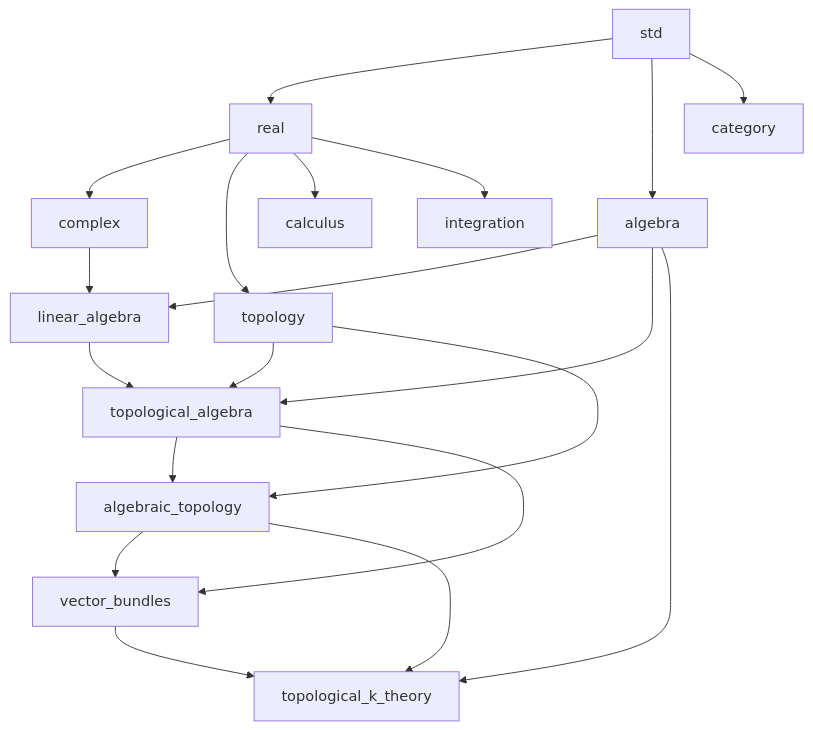
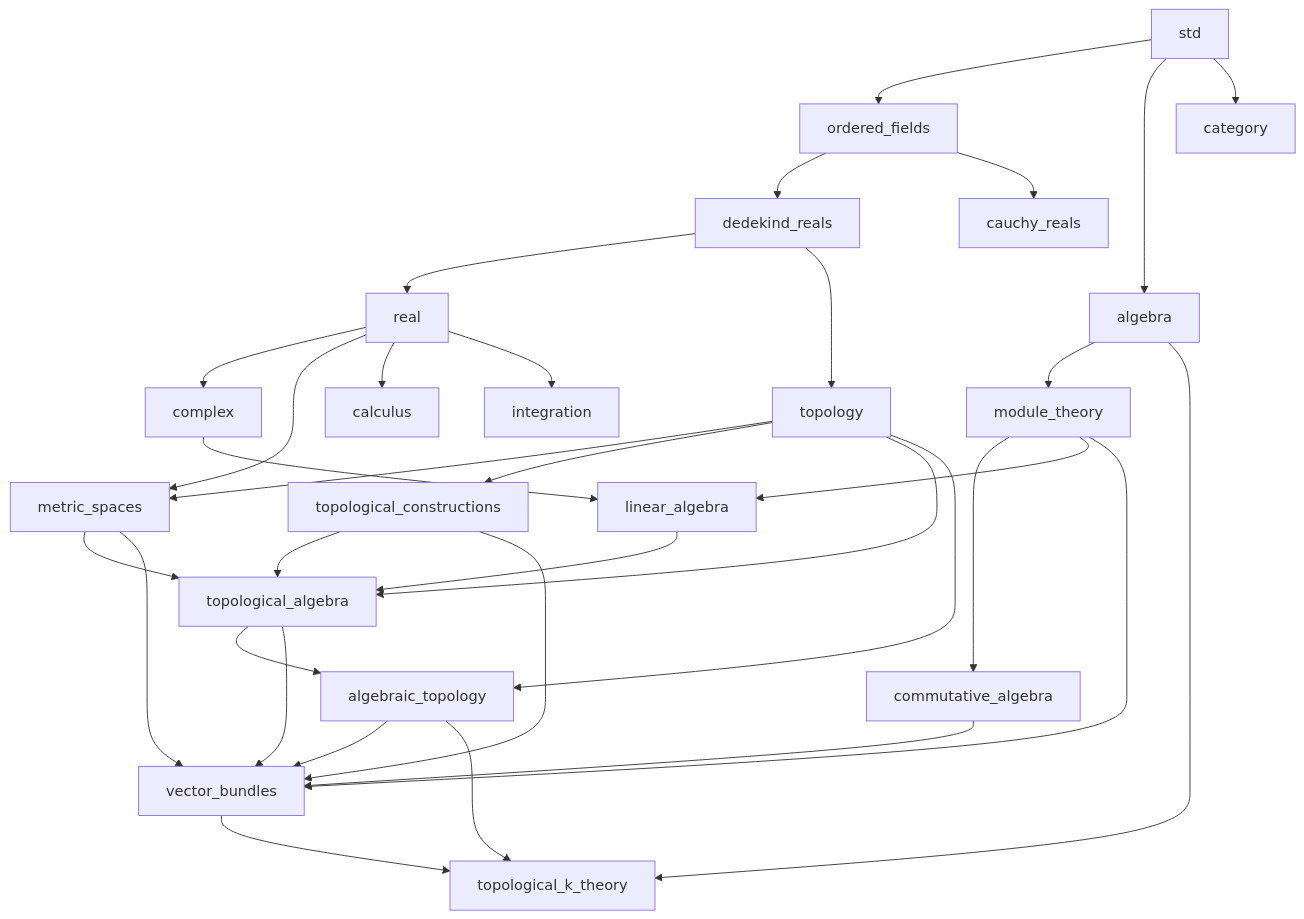
The diagram in _plans/math/topological-k-theory-libraries.md (pdf-jube-joba/ref-type), drawn with Mermaid before and after one commit. The commit also changed other lines of this file and 2 other files, not shown here.

````diff
--- a/_plans/math/topological-k-theory-libraries.md
+++ b/_plans/math/topological-k-theory-libraries.md
@@ -141,22 +149,35 @@
 ```mermaid
 flowchart TD
-    std --> real
+    std --> ordered_fields
+    ordered_fields --> dedekind_reals
+    ordered_fields --> cauchy_reals
+    dedekind_reals --> real
     real --> complex
     std --> algebra
     complex --> linear_algebra
-    algebra --> linear_algebra
-    real --> topology
+    algebra --> module_theory
+    module_theory --> commutative_algebra
+    module_theory --> linear_algebra
+    dedekind_reals --> topology
+    topology --> metric_spaces
+    real --> metric_spaces
+    topology --> topological_constructions
+    metric_spaces --> topological_algebra
+    topological_constructions --> topological_algebra
     topology --> topological_algebra
     linear_algebra --> topological_algebra
-    algebra --> topological_algebra
     topology --> algebraic_topology
     topological_algebra --> algebraic_topology
     topological_algebra --> vector_bundles
+    module_theory --> vector_bundles
+    commutative_algebra --> vector_bundles
+    metric_spaces --> vector_bundles
+    topological_constructions --> vector_bundles
     algebraic_topology --> vector_bundles
     vector_bundles --> topological_k_theory
     algebra --> topological_k_theory
     algebraic_topology --> topological_k_theory
     std --> category
     real --> calculus
     real --> integration
 ```
````
